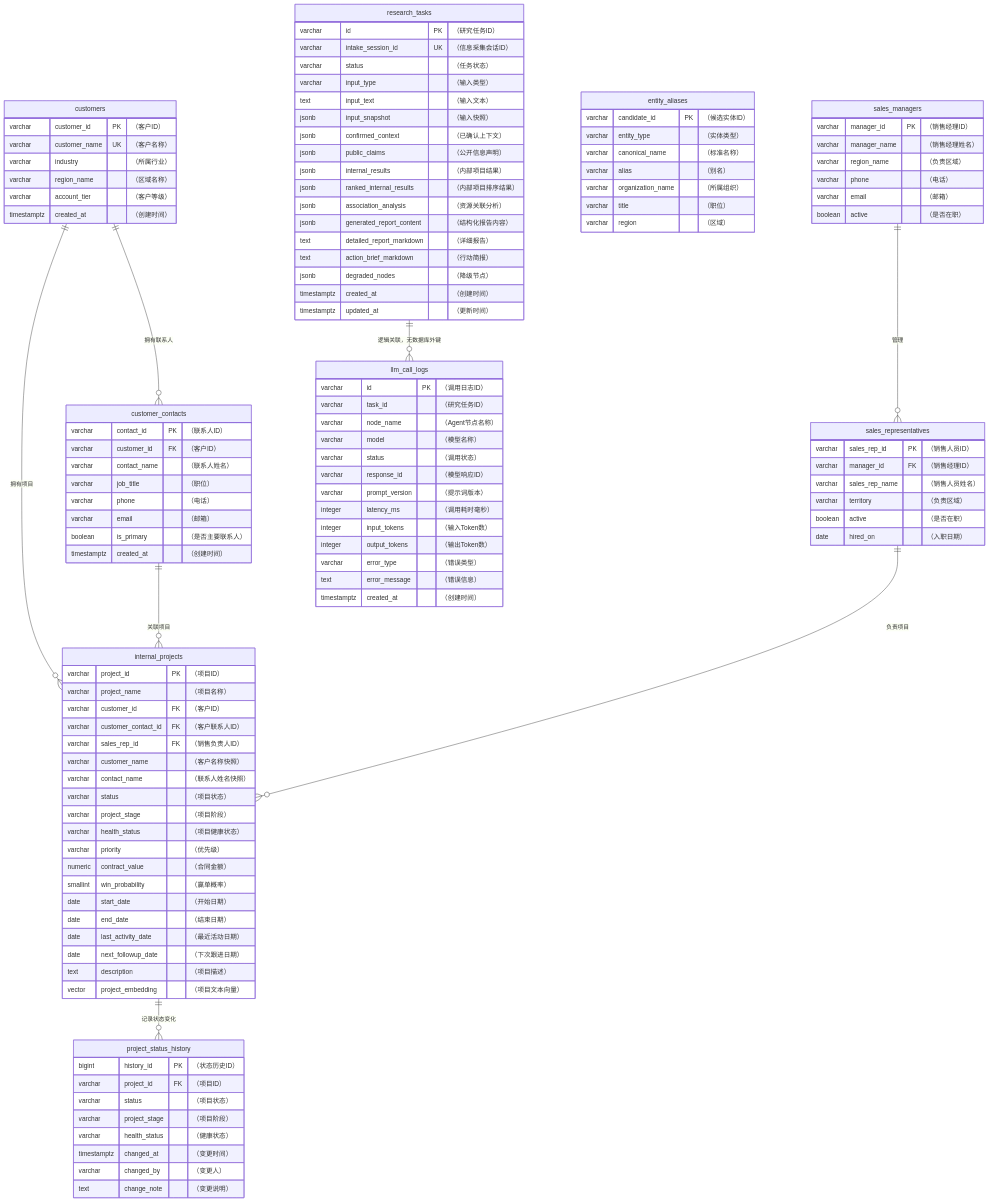
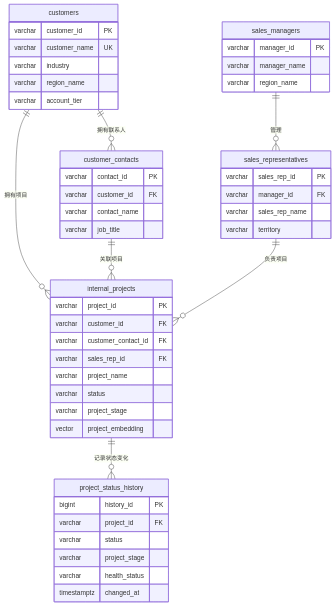
One commit to 41423577arc-lab/RA changed diagram 13 of 15 in README.md. Above: the diagram before and after it, drawn with Mermaid. The commit also changed other lines of this file and 2 other files, not shown here.

Commit message:
文档：更新当前架构说明与流程图

````diff
--- a/README.md
+++ b/README.md
@@ -610,120 +347,51 @@
 ```mermaid
 erDiagram
     customers {
-        varchar customer_id PK "（客户ID）"
-        varchar customer_name UK "（客户名称）"
-        varchar industry "（所属行业）"
-        varchar region_name "（区域名称）"
-        varchar account_tier "（客户等级）"
-        timestamptz created_at "（创建时间）"
+        varchar customer_id PK
+        varchar customer_name UK
+        varchar industry
+        varchar region_name
+        varchar account_tier
     }
 
     customer_contacts {
-        varchar contact_id PK "（联系人ID）"
-        varchar customer_id FK "（客户ID）"
-        varchar contact_name "（联系人姓名）"
-        varchar job_title "（职位）"
-        varchar phone "（电话）"
-        varchar email "（邮箱）"
-        boolean is_primary "（是否主要联系人）"
-        timestamptz created_at "（创建时间）"
+        varchar contact_id PK
+        varchar customer_id FK
+        varchar contact_name
+        varchar job_title
     }
 
     sales_managers {
-        varchar manager_id PK "（销售经理ID）"
-        varchar manager_name "（销售经理姓名）"
-        varchar region_name "（负责区域）"
-        varchar phone "（电话）"
-        varchar email "（邮箱）"
-        boolean active "（是否在职）"
+        varchar manager_id PK
+        varchar manager_name
+        varchar region_name
     }
 
     sales_representatives {
-        varchar sales_rep_id PK "（销售人员ID）"
-        varchar manager_id FK "（销售经理ID）"
-        varchar sales_rep_name "（销售人员姓名）"
-        varchar territory "（负责区域）"
-        boolean active "（是否在职）"
-        date hired_on "（入职日期）"
+        varchar sales_rep_id PK
+        varchar manager_id FK
+        varchar sales_rep_name
+        varchar territory
     }
 
     internal_projects {
-        varchar project_id PK "（项目ID）"
-        varchar project_name "（项目名称）"
-        varchar customer_id FK "（客户ID）"
-        varchar customer_contact_id FK "（客户联系人ID）"
-        varchar sales_rep_id FK "（销售负责人ID）"
-        varchar customer_name "（客户名称快照）"
-        varchar contact_name "（联系人姓名快照）"
-        varchar status "（项目状态）"
-        varchar project_stage "（项目阶段）"
-        varchar health_status "（项目健康状态）"
-        varchar priority "（优先级）"
-        numeric contract_value "（合同金额）"
-        smallint win_probability "（赢单概率）"
-        date start_date "（开始日期）"
-        date end_date "（结束日期）"
-        date last_activity_date "（最近活动日期）"
-        date next_followup_date "（下次跟进日期）"
-        text description "（项目描述）"
-        vector project_embedding "（项目文本向量）"
+        varchar project_id PK
+        varchar customer_id FK
+        varchar customer_contact_id FK
+        varchar sales_rep_id FK
+        varchar project_name
+        varchar status
+        varchar project_stage
+        vector project_embedding
     }
 
     project_status_history {
-        bigint history_id PK "（状态历史ID）"
-        varchar project_id FK "（项目ID）"
-        varchar status "（项目状态）"
-        varchar project_stage "（项目阶段）"
-        varchar health_status "（健康状态）"
-        timestamptz changed_at "（变更时间）"
-        varchar changed_by "（变更人）"
-        text change_note "（变更说明）"
-    }
-
-    entity_aliases {
-        varchar candidate_id PK "（候选实体ID）"
-        varchar entity_type "（实体类型）"
-        varchar canonical_name "（标准名称）"
-        varchar alias "（别名）"
-        varchar organization_name "（所属组织）"
-        varchar title "（职位）"
-        varchar region "（区域）"
-    }
-
-    research_tasks {
-        varchar id PK "（研究任务ID）"
-        varchar intake_session_id UK "（信息采集会话ID）"
-        varchar status "（任务状态）"
-        varchar input_type "（输入类型）"
-        text input_text "（输入文本）"
-        jsonb input_snapshot "（输入快照）"
-        jsonb confirmed_context "（已确认上下文）"
-        jsonb public_claims "（公开信息声明）"
-        jsonb internal_results "（内部项目结果）"
-        jsonb ranked_internal_results "（内部项目排序结果）"
-        jsonb association_analysis "（资源关联分析）"
-        jsonb generated_report_content "（结构化报告内容）"
-        text detailed_report_markdown "（详细报告）"
-        text action_brief_markdown "（行动简报）"
-        jsonb degraded_nodes "（降级节点）"
-        timestamptz created_at "（创建时间）"
-        timestamptz updated_at "（更新时间）"
-    }
-
-    llm_call_logs {
-        varchar id PK "（调用日志ID）"
-        varchar task_id "（研究任务ID）"
-        varchar node_name "（Agent节点名称）"
-        varchar model "（模型名称）"
-        varchar status "（调用状态）"
-        varchar response_id "（模型响应ID）"
-        varchar prompt_version "（提示词版本）"
-        integer latency_ms "（调用耗时毫秒）"
-        integer input_tokens "（输入Token数）"
-        integer output_tokens "（输出Token数）"
-        varchar error_type "（错误类型）"
-        text error_message "（错误信息）"
-        timestamptz created_at "（创建时间）"
+        bigint history_id PK
+        varchar project_id FK
+        varchar status
+        varchar project_stage
+        varchar health_status
+        timestamptz changed_at
     }
 
     customers ||--o{ customer_contacts : "拥有联系人"
@@ -732,5 +400,4 @@
     sales_managers ||--o{ sales_representatives : "管理"
     sales_representatives ||--o{ internal_projects : "负责项目"
     internal_projects ||--o{ project_status_history : "记录状态变化"
-    research_tasks ||--o{ llm_call_logs : "逻辑关联，无数据库外键"
 ```
````
